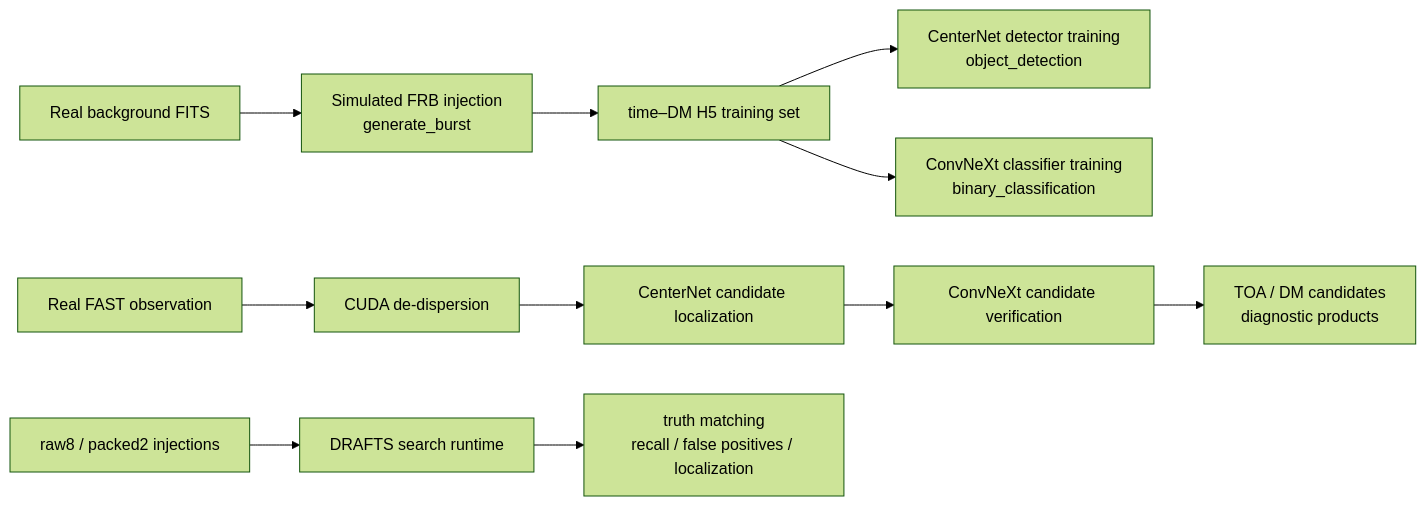
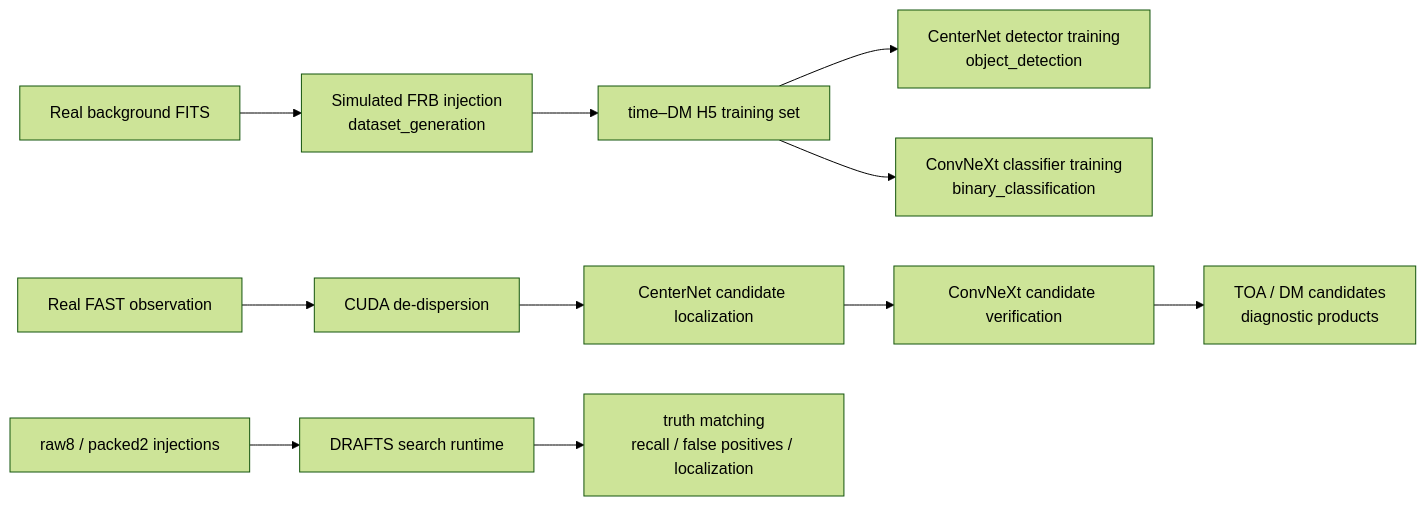
The diagram in README.en.md (SukiYume/DRAFTS), drawn with Mermaid (forest theme) before and after one commit. The commit also changed other lines of this file and 50 other files, not shown here.

````diff
--- a/README.en.md
+++ b/README.en.md
@@ -62,13 +62,13 @@
 ```mermaid
 flowchart LR
-    A["Real background FITS"] --> B["Simulated FRB injection<br/>generate_burst"]
+    A["Real background FITS"] --> B["Simulated FRB injection<br/>dataset_generation"]
     B --> C["time–DM H5 training set"]
     C --> D["CenterNet detector training<br/>object_detection"]
     C --> E["ConvNeXt classifier training<br/>binary_classification"]
     F["Real FAST observation"] --> G["CUDA de-dispersion"]
     G --> D2["CenterNet candidate localization"]
     D2 --> E2["ConvNeXt candidate verification"]
     E2 --> H["TOA / DM candidates<br/>diagnostic products"]
     I["raw8 / packed2 injections"] --> J["DRAFTS search runtime"]
     J --> K["truth matching<br/>recall / false positives / localization"]
 ```
````
